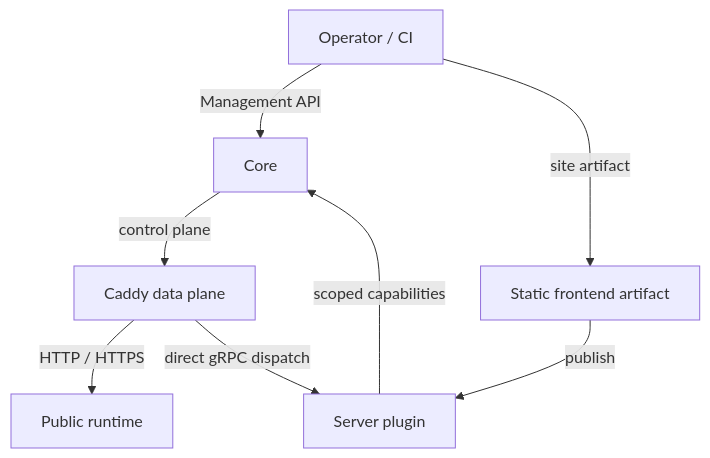
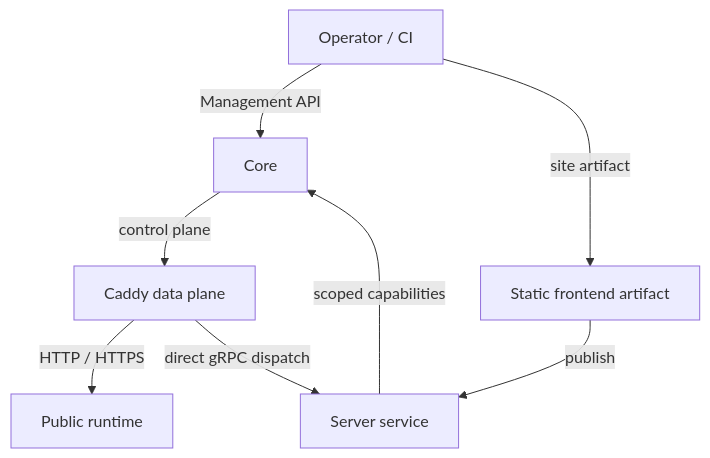
The diagram in diagrams/ecosystem.mmd (Liapoldus/liapoldus.github.io), drawn with Mermaid before and after one commit. The commit also changed 41 other files, not shown here.

```diff
--- a/diagrams/ecosystem.mmd
+++ b/diagrams/ecosystem.mmd
@@ -1,8 +1,8 @@
 flowchart TD
   OP[Operator / CI] -->|Management API| GW[Core]
   OP -->|site artifact| A[Static frontend artifact]
-  A -->|publish| P[Server plugin]
+  A -->|publish| P[Server service]
   P -->|scoped capabilities| GW
   GW -->|control plane| CADDY[Caddy data plane]
   CADDY -->|HTTP / HTTPS| R[Public runtime]
   CADDY -->|direct gRPC dispatch| P
```
